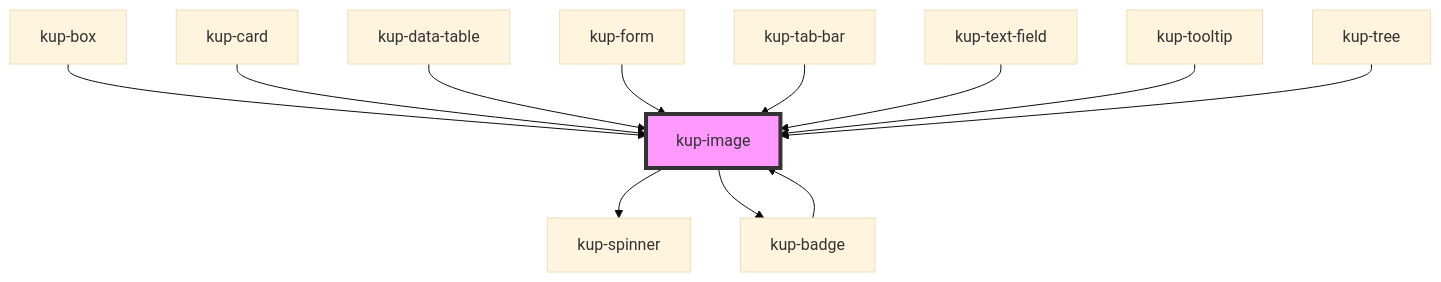
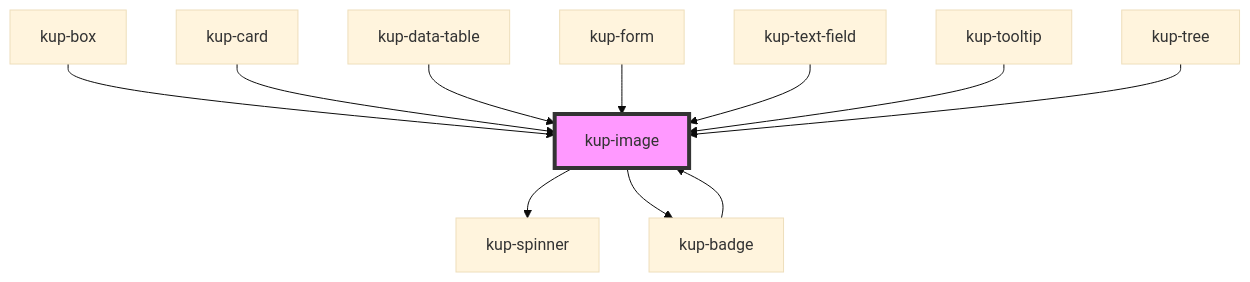
One commit to smeup/ketchup changed the diagram in packages/ketchup/src/components/kup-image/readme.md. Above: the diagram before and after it, drawn with Mermaid (base theme). The commit also changed other lines of this file and 3 other files, not shown here.

Commit message:
Removed kup-image from tab bar.

````diff
--- a/packages/ketchup/src/components/kup-image/readme.md
+++ b/packages/ketchup/src/components/kup-image/readme.md
@@ -62,15 +61,14 @@
 ```mermaid
 graph TD;
   kup-image --> kup-spinner
   kup-image --> kup-badge
   kup-badge --> kup-image
   kup-box --> kup-image
   kup-card --> kup-image
   kup-data-table --> kup-image
   kup-form --> kup-image
-  kup-tab-bar --> kup-image
   kup-text-field --> kup-image
   kup-tooltip --> kup-image
   kup-tree --> kup-image
   style kup-image fill:#f9f,stroke:#333,stroke-width:4px
 ```
````
